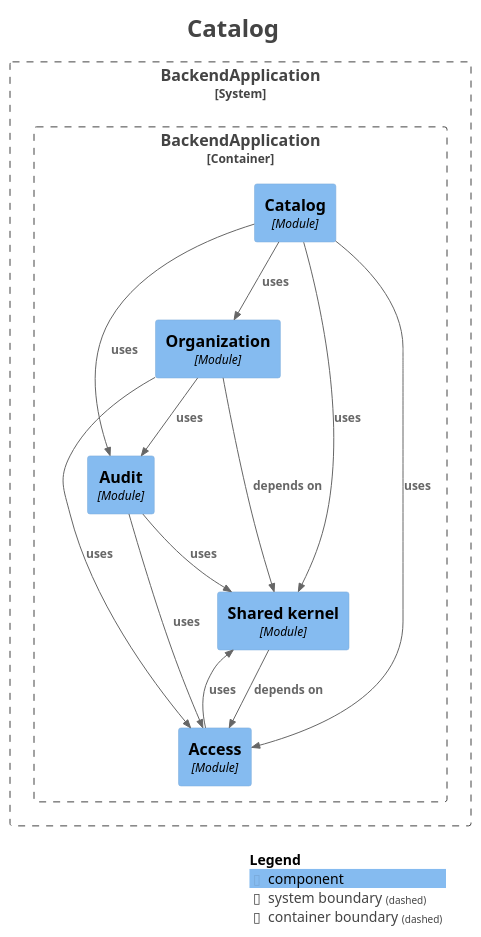
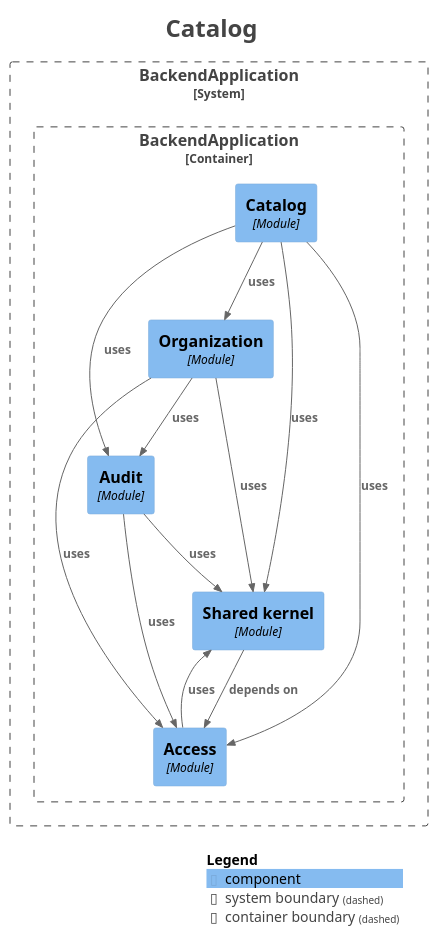
The diagram in docs/architecture/modules/module-catalog.puml (fxavier/restaurantePRO), drawn with PlantUML before and after one commit. The commit also changed 34 other files, not shown here.

```diff
--- a/docs/architecture/modules/module-catalog.puml
+++ b/docs/architecture/modules/module-catalog.puml
@@ -1,43 +1,43 @@
 @startuml
 title <size:24>Catalog</size>
 
 set separator none
 top to bottom direction
 
 <style>
   root {
     BackgroundColor: #ffffff
     FontColor: #444444
   }
 </style>
 
 !include <C4/C4>
 !include <C4/C4_Context>
 !include <C4/C4_Component>
 
 System_Boundary("BackendApplication_boundary", "BackendApplication", $tags="") {
   Container_Boundary("BackendApplication.BackendApplication_boundary", "BackendApplication", $tags="") {
     Component(BackendApplication.BackendApplication.Organization, "Organization", $techn="Module", $descr="", $tags="", $link="")
     Component(BackendApplication.BackendApplication.Sharedkernel, "Shared kernel", $techn="Module", $descr="", $tags="", $link="")
     Component(BackendApplication.BackendApplication.Access, "Access", $techn="Module", $descr="", $tags="", $link="")
     Component(BackendApplication.BackendApplication.Audit, "Audit", $techn="Module", $descr="", $tags="", $link="")
     Component(BackendApplication.BackendApplication.Catalog, "Catalog", $techn="Module", $descr="", $tags="", $link="")
   }
 
 }
 
+Rel(BackendApplication.BackendApplication.Audit, BackendApplication.BackendApplication.Access, "uses", $techn="", $tags="", $link="")
+Rel(BackendApplication.BackendApplication.Audit, BackendApplication.BackendApplication.Sharedkernel, "uses", $techn="", $tags="", $link="")
+Rel(BackendApplication.BackendApplication.Access, BackendApplication.BackendApplication.Sharedkernel, "uses", $techn="", $tags="", $link="")
 Rel(BackendApplication.BackendApplication.Sharedkernel, BackendApplication.BackendApplication.Access, "depends on", $techn="", $tags="", $link="")
 Rel(BackendApplication.BackendApplication.Catalog, BackendApplication.BackendApplication.Access, "uses", $techn="", $tags="", $link="")
 Rel(BackendApplication.BackendApplication.Catalog, BackendApplication.BackendApplication.Sharedkernel, "uses", $techn="", $tags="", $link="")
 Rel(BackendApplication.BackendApplication.Catalog, BackendApplication.BackendApplication.Audit, "uses", $techn="", $tags="", $link="")
 Rel(BackendApplication.BackendApplication.Catalog, BackendApplication.BackendApplication.Organization, "uses", $techn="", $tags="", $link="")
-Rel(BackendApplication.BackendApplication.Organization, BackendApplication.BackendApplication.Sharedkernel, "depends on", $techn="", $tags="", $link="")
+Rel(BackendApplication.BackendApplication.Organization, BackendApplication.BackendApplication.Sharedkernel, "uses", $techn="", $tags="", $link="")
 Rel(BackendApplication.BackendApplication.Organization, BackendApplication.BackendApplication.Audit, "uses", $techn="", $tags="", $link="")
 Rel(BackendApplication.BackendApplication.Organization, BackendApplication.BackendApplication.Access, "uses", $techn="", $tags="", $link="")
-Rel(BackendApplication.BackendApplication.Access, BackendApplication.BackendApplication.Sharedkernel, "uses", $techn="", $tags="", $link="")
-Rel(BackendApplication.BackendApplication.Audit, BackendApplication.BackendApplication.Access, "uses", $techn="", $tags="", $link="")
-Rel(BackendApplication.BackendApplication.Audit, BackendApplication.BackendApplication.Sharedkernel, "uses", $techn="", $tags="", $link="")
 
 SHOW_LEGEND(true)
 hide stereotypes
 @enduml
```
